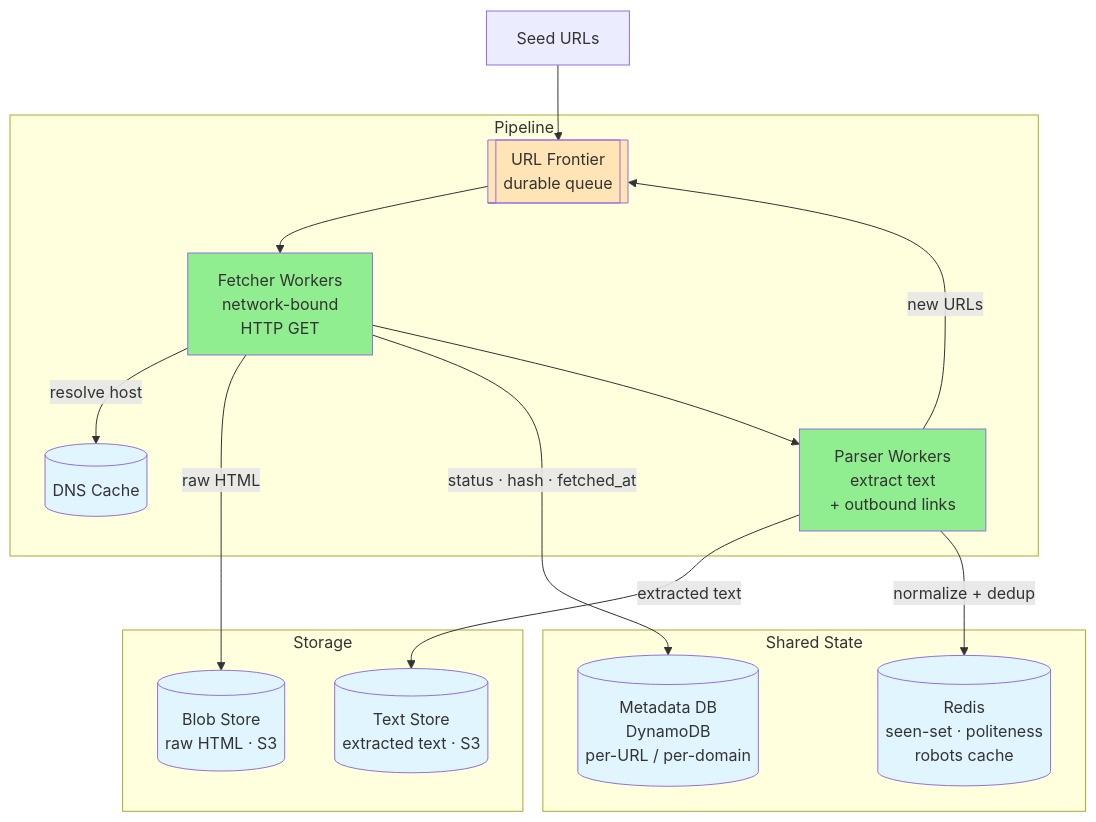
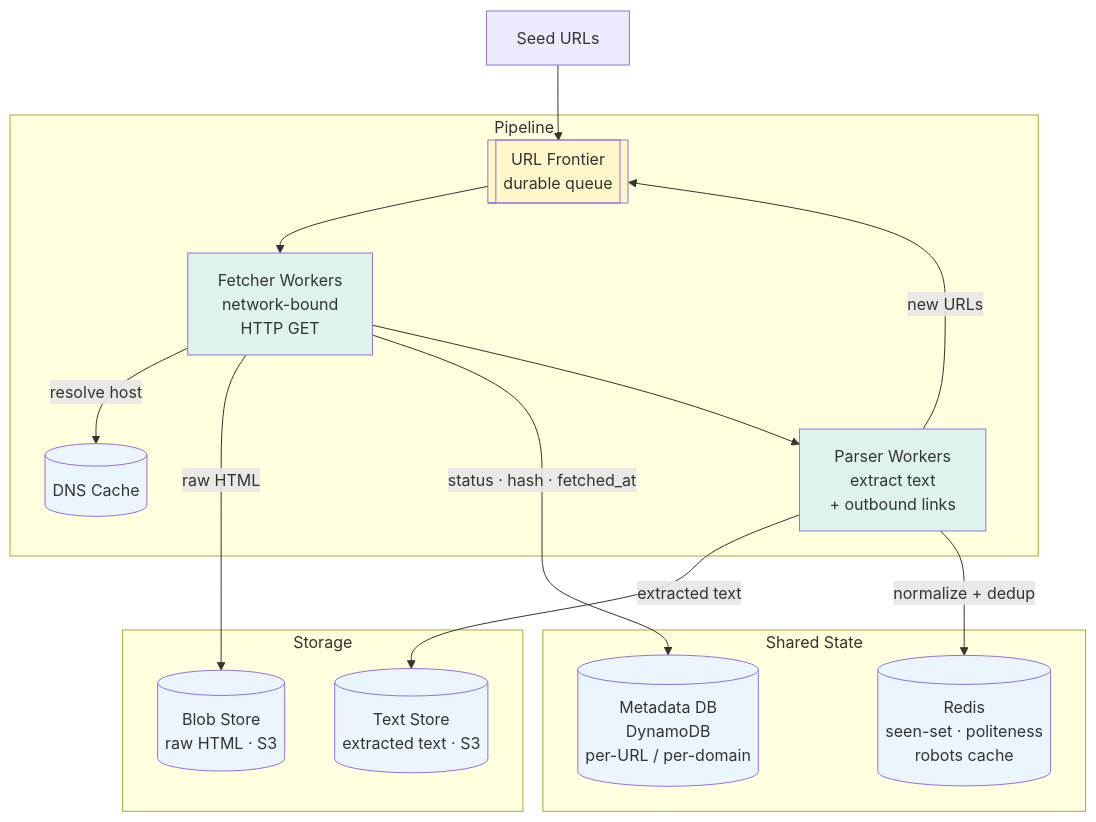
One commit to cartmancodes/InterviewVault changed the first of 6 diagrams in LLD/questions/Design Web Crawler.md. Above: the diagram before and after it, drawn with Mermaid. The commit also changed other lines of this file and 679 other files, not shown here.

Commit message:
Unify content diagrams and add accessible visual walkthroughs

````diff
--- a/LLD/questions/Design Web Crawler.md
+++ b/LLD/questions/Design Web Crawler.md
@@ -108,40 +108,40 @@
 ```mermaid
 graph TB
     SEED[Seed URLs]
 
     subgraph Pipeline
         FRONTIER[[URL Frontier<br/>durable queue]]
         FETCH[Fetcher Workers<br/>network-bound<br/>HTTP GET]
         PARSE[Parser Workers<br/>extract text<br/>+ outbound links]
         DNS[(DNS Cache)]
     end
 
     subgraph Storage
         BLOB[(Blob Store<br/>raw HTML · S3)]
         TEXT[(Text Store<br/>extracted text · S3)]
     end
 
     subgraph "Shared State"
         META[(Metadata DB<br/>DynamoDB<br/>per-URL / per-domain)]
         REDIS[(Redis<br/>seen-set · politeness<br/>robots cache)]
     end
 
     SEED --> FRONTIER
     FRONTIER --> FETCH
     FETCH -->|resolve host| DNS
     FETCH -->|raw HTML| BLOB
     FETCH -->|status · hash · fetched_at| META
     FETCH --> PARSE
     PARSE -->|extracted text| TEXT
     PARSE -->|normalize + dedup| REDIS
     PARSE -->|new URLs| FRONTIER
 
-    style FRONTIER fill:#FFE4B5
-    style FETCH fill:#90EE90
-    style PARSE fill:#90EE90
-    style BLOB fill:#e1f5ff
-    style TEXT fill:#e1f5ff
-    style META fill:#e1f5ff
-    style REDIS fill:#e1f5ff
-    style DNS fill:#e1f5ff
+    style FRONTIER fill:#FFF6C9
+    style FETCH fill:#DDF3EC
+    style PARSE fill:#DDF3EC
+    style BLOB fill:#EAF5FD
+    style TEXT fill:#EAF5FD
+    style META fill:#EAF5FD
+    style REDIS fill:#EAF5FD
+    style DNS fill:#EAF5FD
 ```
````
